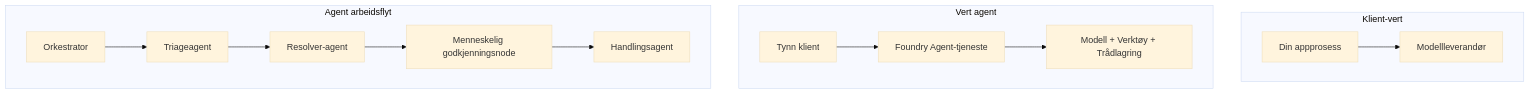
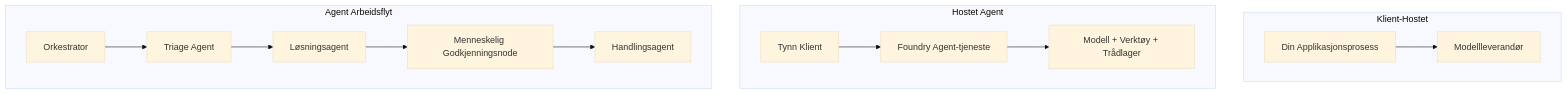
Before and after one commit to microsoft/ai-agents-for-beginners: the first of 4 diagrams in translations/no/16-deploying-scalable-agents/README.md, drawn with Mermaid (base theme). The commit also changed other lines of this file and 47 other files, not shown here.

````diff
--- a/translations/no/16-deploying-scalable-agents/README.md
+++ b/translations/no/16-deploying-scalable-agents/README.md
@@ -87,16 +87,16 @@
 ```mermaid
 flowchart TB
-    subgraph P1[Klient-vert]
-        A1[Din appprosess] --> M1[Modellleverandør]
+    subgraph P1[Klient-Hostet]
+        A1[Din Applikasjonsprosess] --> M1[Modellleverandør]
     end
-    subgraph P2[Vert agent]
-        A2[Tynn klient] --> F2[Foundry Agent-tjeneste]
-        F2 --> M2[Modell + Verktøy + Trådlagring]
+    subgraph P2[Hostet Agent]
+        A2[Tynn Klient] --> F2[Foundry Agent-tjeneste]
+        F2 --> M2[Modell + Verktøy + Trådlager]
     end
-    subgraph P3[Agent arbeidsflyt]
-        A3[Orkestrator] --> S1[Triageagent]
-        S1 --> S2[Resolver-agent]
-        S2 --> H[Menneskelig godkjenningsnode]
+    subgraph P3[Agent Arbeidsflyt]
+        A3[Orkestrator] --> S1[Triage Agent]
+        S1 --> S2[Løsningsagent]
+        S2 --> H[Menneskelig Godkjenningsnode]
         H --> S3[Handlingsagent]
     end
 ```
````
